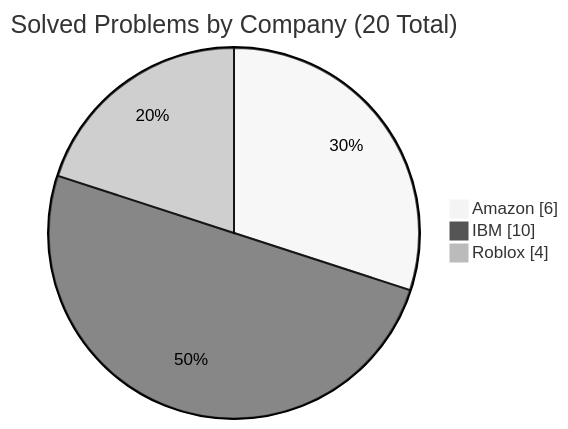
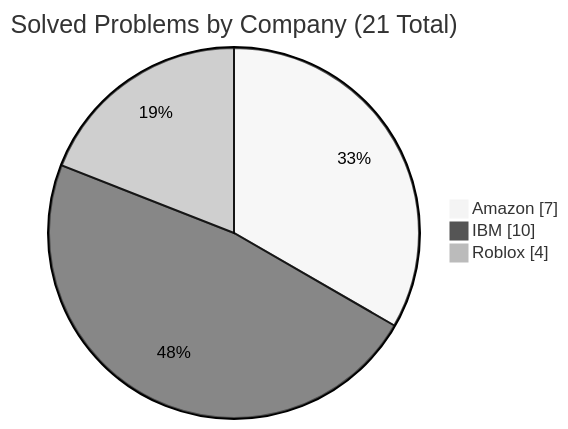
Before and after one commit to simonesiega/leetcode-solutions: the fourth of 4 diagrams in README.md, drawn with Mermaid (neutral theme). The commit also changed 4 other files, not shown here.

````diff
--- a/README.md
+++ b/README.md
@@ -168,7 +168,7 @@
 ```mermaid
 pie showData
-    title Solved Problems by Company (20 Total)
-    "Amazon" : 6
+    title Solved Problems by Company (21 Total)
+    "Amazon" : 7
     "IBM" : 10
     "Roblox" : 4
 ```
````
